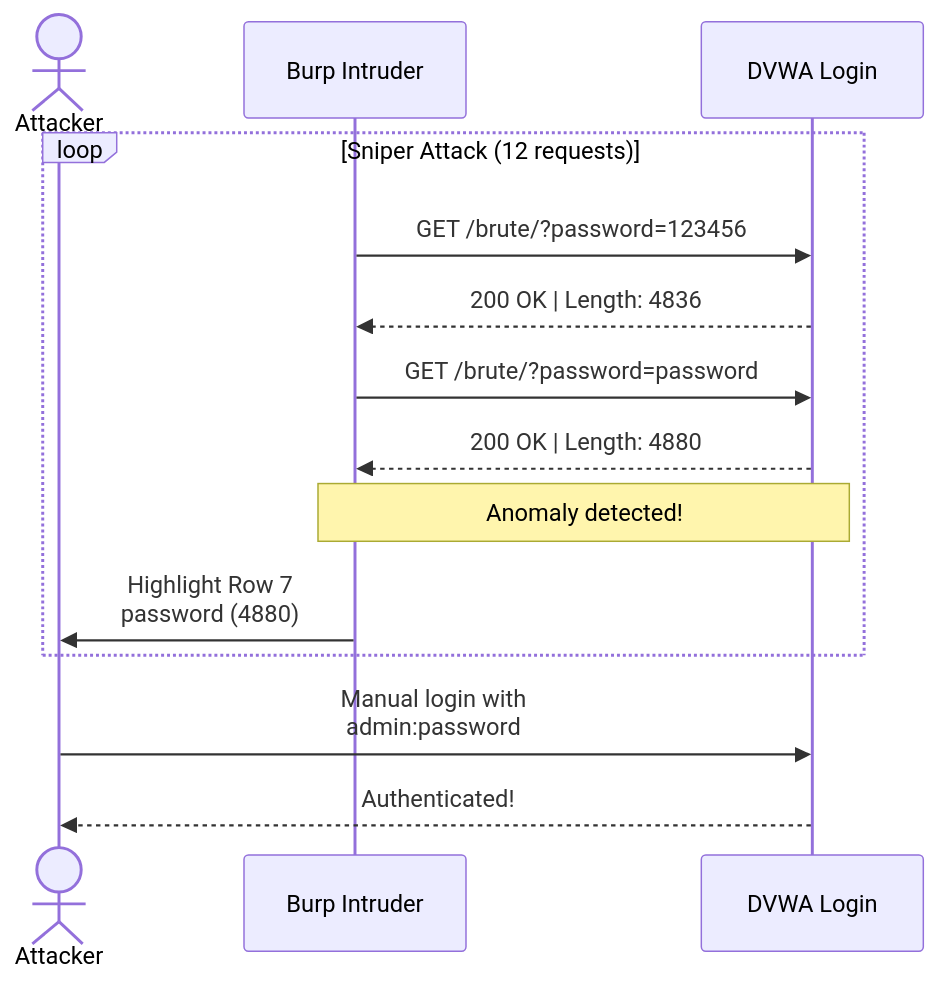
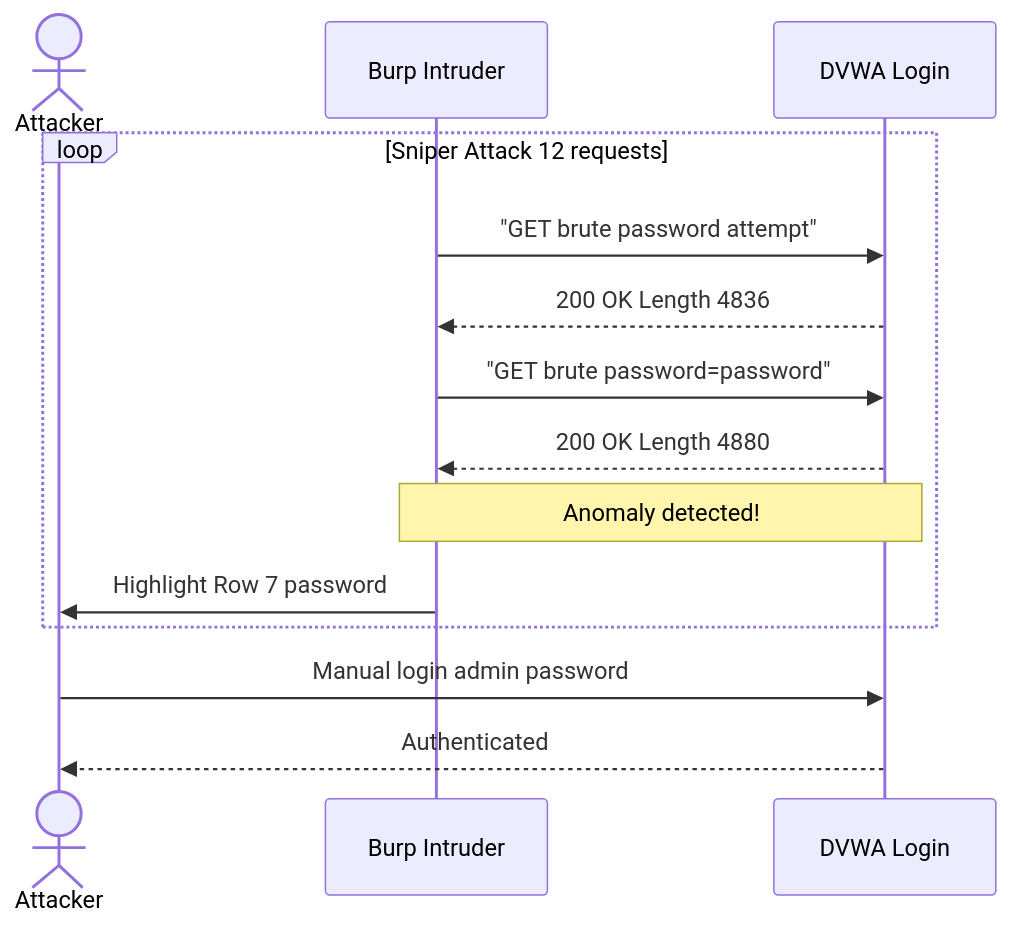
The second of 2 diagrams in docs/brute-force.md (InsiyahBhatia/dvwa-web-attack-lab), drawn with Mermaid before and after one commit. The commit also changed 4 other files, not shown here.

Commit message:
Fix all mermaid sequence diagram parse errors across docs

````diff
--- a/docs/brute-force.md
+++ b/docs/brute-force.md
@@ -146,20 +146,20 @@
 ```mermaid
 sequenceDiagram
     actor Attacker
     participant Burp as Burp Intruder
     participant DVWA as DVWA Login
     
-    loop Sniper Attack (12 requests)
-        Burp->>DVWA: GET /brute/?password=123456
-        DVWA-->>Burp: 200 OK | Length: 4836
+    loop Sniper Attack 12 requests
+        Burp->>DVWA: "GET brute password attempt"
+        DVWA-->>Burp: 200 OK Length 4836
         
-        Burp->>DVWA: GET /brute/?password=password
-        DVWA-->>Burp: 200 OK | Length: 4880
+        Burp->>DVWA: "GET brute password=password"
+        DVWA-->>Burp: 200 OK Length 4880
         note over DVWA,Burp: Anomaly detected!
         
-        Burp->>Attacker: Highlight Row 7<br/>password (4880)
+        Burp->>Attacker: Highlight Row 7 password
     end
     
-    Attacker->>DVWA: Manual login with<br/>admin:password
-    DVWA-->>Attacker: Authenticated!
+    Attacker->>DVWA: Manual login admin password
+    DVWA-->>Attacker: Authenticated
 ```
````
